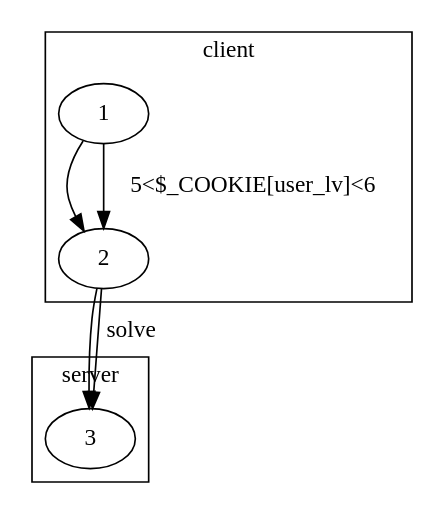
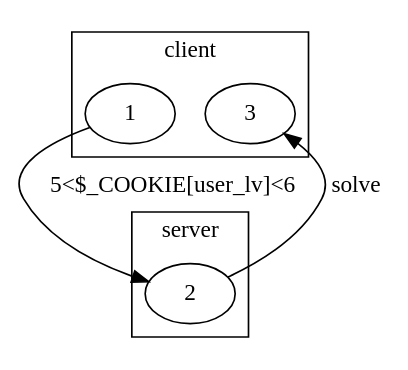
One commit to joizel/ctf_writeup changed the diagram in docs/web/[webhacking] 01.rst. Above: the diagram before and after it, drawn with Graphviz.

Commit message:
replace
replace

```diff
--- a/docs/web/[webhacking] 01.rst
+++ b/docs/web/[webhacking] 01.rst
@@ -8,16 +8,16 @@
 .. graphviz::
 
     digraph {
         subgraph cluster_0 {
             label="client";
-            1->2;
+            1;
+            3;
         }
 
         subgraph cluster_1 {
             label="server";
-            2->3;
+            2;
         }
-
         1->2 [label="5<$_COOKIE[user_lv]<6"];
         2->3 [label="solve"];
     }
```
